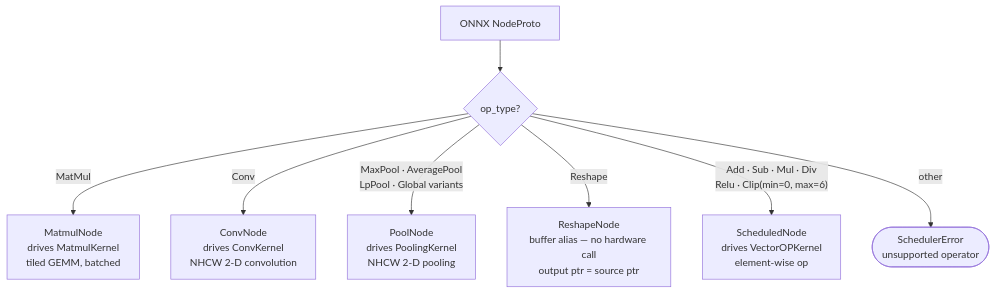
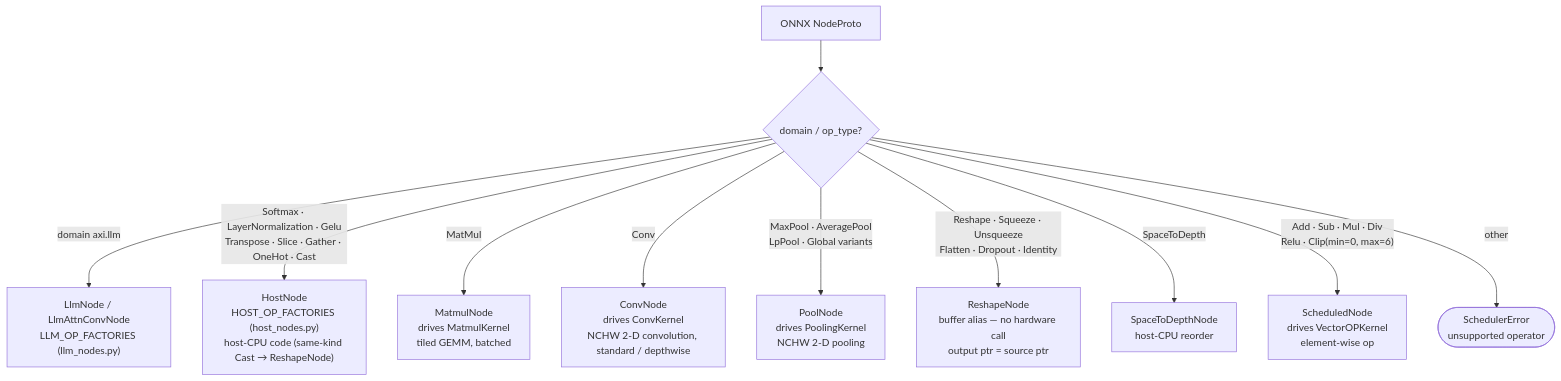
The second of 6 diagrams in inference-scheduler/doc/ARCHITECTURE.md (phoenix367/cormorant), drawn with Mermaid before and after one commit. The commit also changed other lines of this file and 34 other files, not shown here.

````diff
--- a/inference-scheduler/doc/ARCHITECTURE.md
+++ b/inference-scheduler/doc/ARCHITECTURE.md
@@ -236,11 +272,14 @@
 ```mermaid
 flowchart TD
     N["ONNX NodeProto"]
-    N --> D{op_type?}
+    N --> D{domain / op_type?}
+    D -->|"domain axi.llm"| LN["LlmNode / LlmAttnConvNode\nLLM_OP_FACTORIES (llm_nodes.py)"]
+    D -->|"Softmax · LayerNormalization · Gelu\nTranspose · Slice · Gather · OneHot · Cast"| HN["HostNode\nHOST_OP_FACTORIES (host_nodes.py)\nhost-CPU code (same-kind Cast → ReshapeNode)"]
     D -->|MatMul| MN["MatmulNode\ndrives MatmulKernel\ntiled GEMM, batched"]
-    D -->|Conv| CN["ConvNode\ndrives ConvKernel\nNHCW 2-D convolution"]
-    D -->|"MaxPool · AveragePool\nLpPool · Global variants"| PN["PoolNode\ndrives PoolingKernel\nNHCW 2-D pooling"]
-    D -->|Reshape| RN["ReshapeNode\nbuffer alias — no hardware call\noutput ptr = source ptr"]
+    D -->|Conv| CN["ConvNode\ndrives ConvKernel\nNCHW 2-D convolution, standard / depthwise"]
+    D -->|"MaxPool · AveragePool\nLpPool · Global variants"| PN["PoolNode\ndrives PoolingKernel\nNCHW 2-D pooling"]
+    D -->|"Reshape · Squeeze · Unsqueeze\nFlatten · Dropout · Identity"| RN["ReshapeNode\nbuffer alias — no hardware call\noutput ptr = source ptr"]
+    D -->|SpaceToDepth| SD["SpaceToDepthNode\nhost-CPU reorder"]
     D -->|"Add · Sub · Mul · Div\nRelu · Clip(min=0, max=6)"| SN["ScheduledNode\ndrives VectorOPKernel\nelement-wise op"]
     D -->|other| ERR(["SchedulerError\nunsupported operator"])
 ```
````
